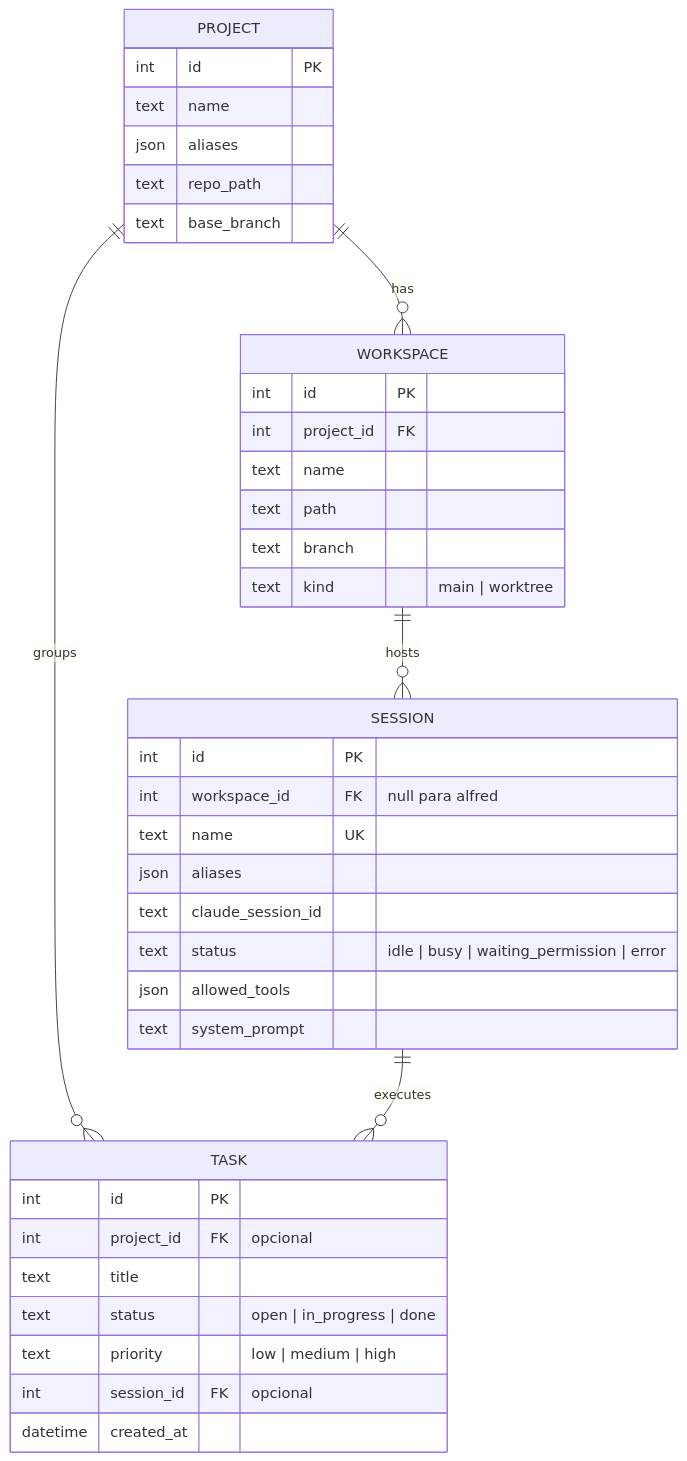
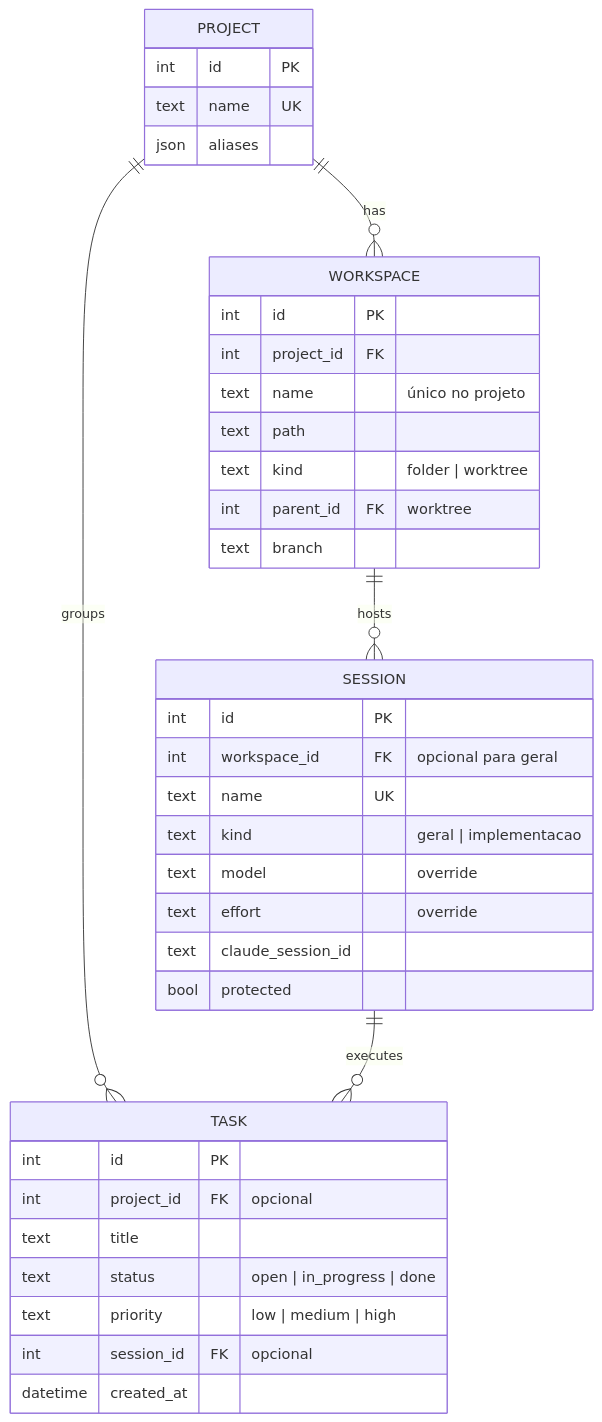
The fourth of 5 diagrams in docs/ARCHITECTURE.md (NavesDev/AlfredAgent), drawn with Mermaid before and after one commit. The commit also changed other lines of this file and 4 other files, not shown here.

````diff
--- a/docs/ARCHITECTURE.md
+++ b/docs/ARCHITECTURE.md
@@ -181,42 +184,41 @@
 ```mermaid
 erDiagram
     PROJECT ||--o{ WORKSPACE : has
     WORKSPACE ||--o{ SESSION : hosts
     PROJECT ||--o{ TASK : groups
     SESSION ||--o{ TASK : executes
 
     PROJECT {
         int id PK
-        text name
+        text name UK
         json aliases
-        text repo_path
-        text base_branch
     }
     WORKSPACE {
         int id PK
         int project_id FK
-        text name
+        text name "único no projeto"
         text path
+        text kind "folder | worktree"
+        int parent_id FK "worktree"
         text branch
-        text kind "main | worktree"
     }
     SESSION {
         int id PK
-        int workspace_id FK "null para alfred"
+        int workspace_id FK "opcional para geral"
         text name UK
-        json aliases
+        text kind "geral | implementacao"
+        text model "override"
+        text effort "override"
         text claude_session_id
-        text status "idle | busy | waiting_permission | error"
-        json allowed_tools
-        text system_prompt
+        bool protected
     }
     TASK {
         int id PK
         int project_id FK "opcional"
         text title
         text status "open | in_progress | done"
         text priority "low | medium | high"
         int session_id FK "opcional"
         datetime created_at
     }
 ```
````
